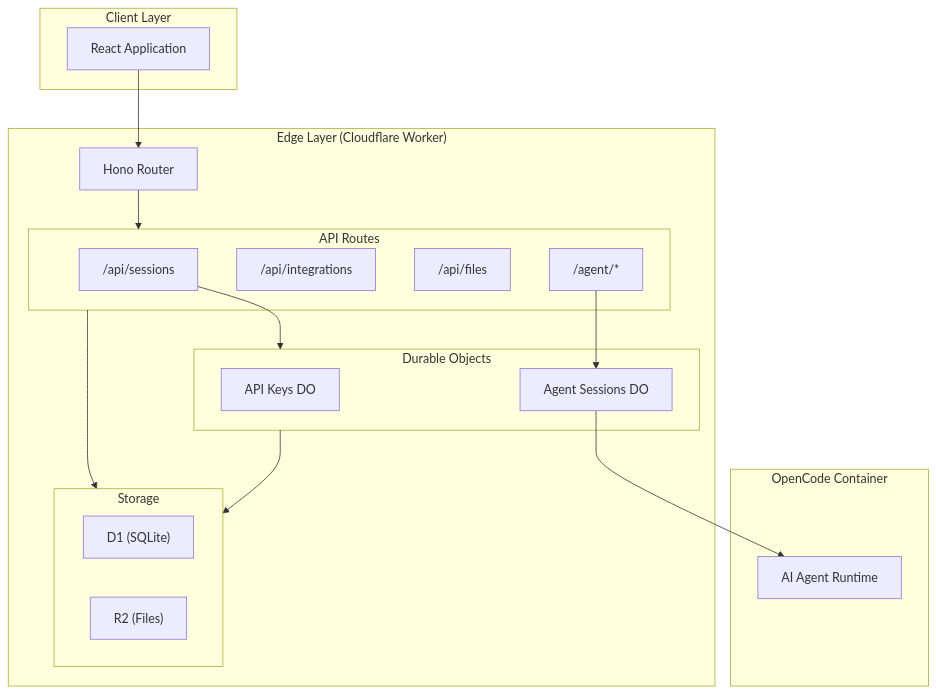
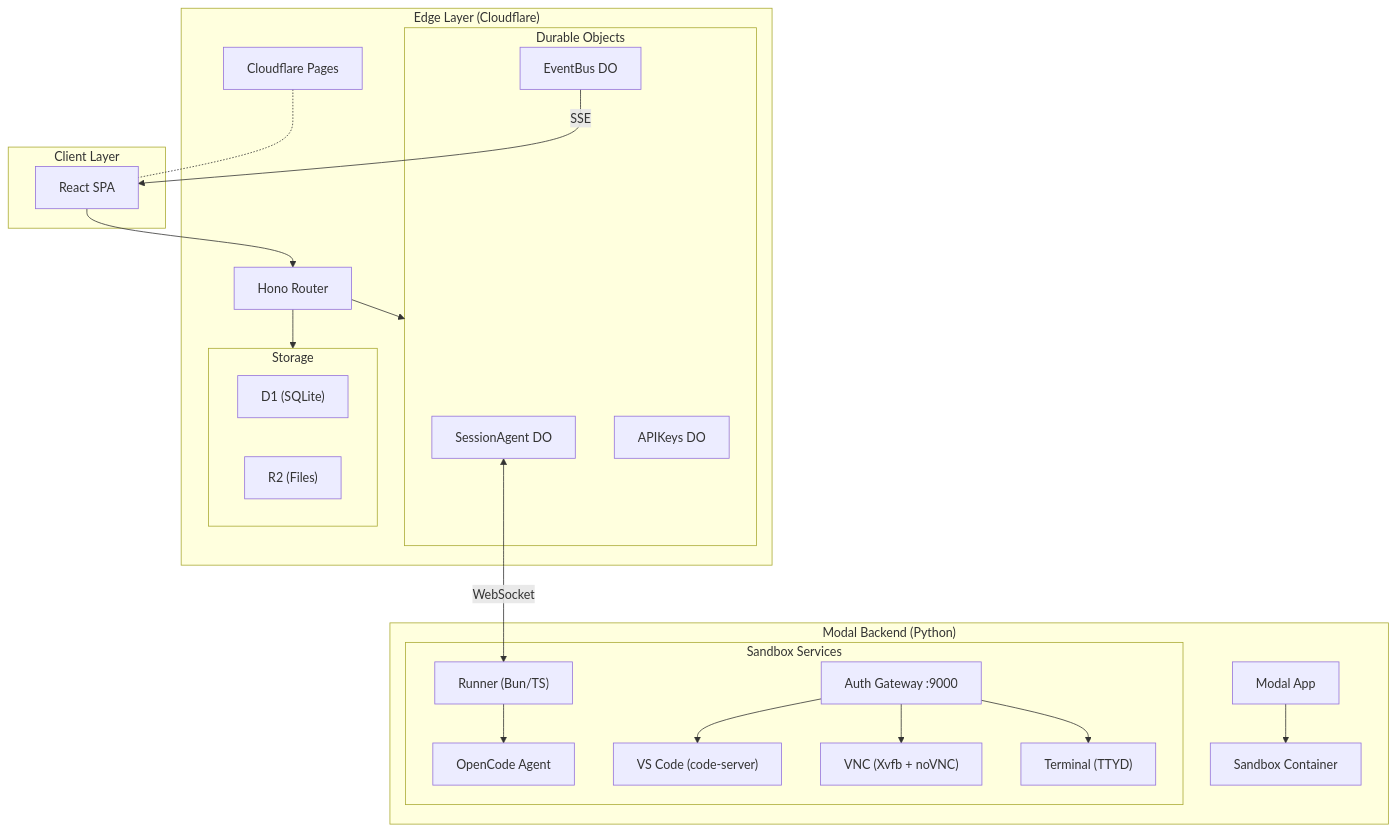
The first of 2 diagrams in README.md (yourbuddyconner/agent-ops), drawn with Mermaid before and after one commit. The commit also changed other lines of this file and 4 other files, not shown here.

First line of the commit message:
Add mermaid diagram rendering to chat UI and update README

````diff
--- a/README.md
+++ b/README.md
@@ -7,39 +7,49 @@
 ```mermaid
 flowchart TB
     subgraph Client["Client Layer"]
-        React["React Application"]
+        React["React SPA"]
     end
 
-    subgraph Edge["Edge Layer (Cloudflare Worker)"]
+    subgraph Edge["Edge Layer (Cloudflare)"]
         Router["Hono Router"]
-        
-        subgraph Routes["API Routes"]
-            Sessions["/api/sessions"]
-            Integrations["/api/integrations"]
-            Files["/api/files"]
-            Agent["/agent/*"]
+
+        subgraph DOs["Durable Objects"]
+            SessionAgent["SessionAgent DO"]
+            EventBus["EventBus DO"]
+            APIKeys["APIKeys DO"]
         end
-        
-        subgraph DOs["Durable Objects"]
-            APIKeys["API Keys DO"]
-            AgentSessions["Agent Sessions DO"]
-        end
-        
+
         subgraph Storage["Storage"]
             D1["D1 (SQLite)"]
             R2["R2 (Files)"]
         end
+
+        Pages["Cloudflare Pages"]
     end
 
-    subgraph Container["OpenCode Container"]
-        OpenCode["AI Agent Runtime"]
+    subgraph Modal["Modal Backend (Python)"]
+        App["Modal App"]
+        Sandbox["Sandbox Container"]
+
+        subgraph SandboxServices["Sandbox Services"]
+            Runner["Runner (Bun/TS)"]
+            OpenCode["OpenCode Agent"]
+            CodeServer["VS Code (code-server)"]
+            VNC["VNC (Xvfb + noVNC)"]
+            TTYD["Terminal (TTYD)"]
+            Gateway["Auth Gateway :9000"]
+        end
     end
 
     React --> Router
-    Router --> Routes
-    Sessions --> DOs
-    Agent --> AgentSessions
-    AgentSessions --> OpenCode
-    Routes --> Storage
-    DOs --> Storage
+    Pages -.- React
+    Router --> DOs
+    Router --> Storage
+    SessionAgent <-->|WebSocket| Runner
+    Runner --> OpenCode
+    Gateway --> CodeServer
+    Gateway --> VNC
+    Gateway --> TTYD
+    App --> Sandbox
+    EventBus -->|SSE| React
 ```
````
